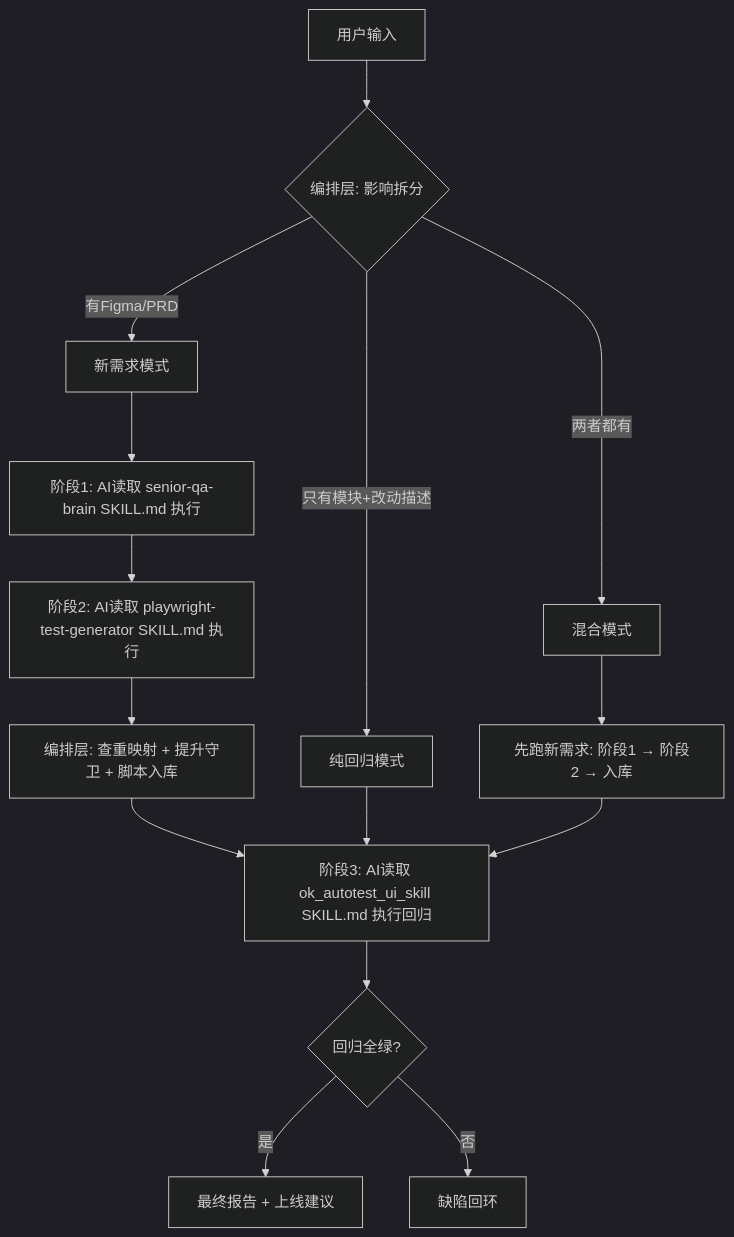
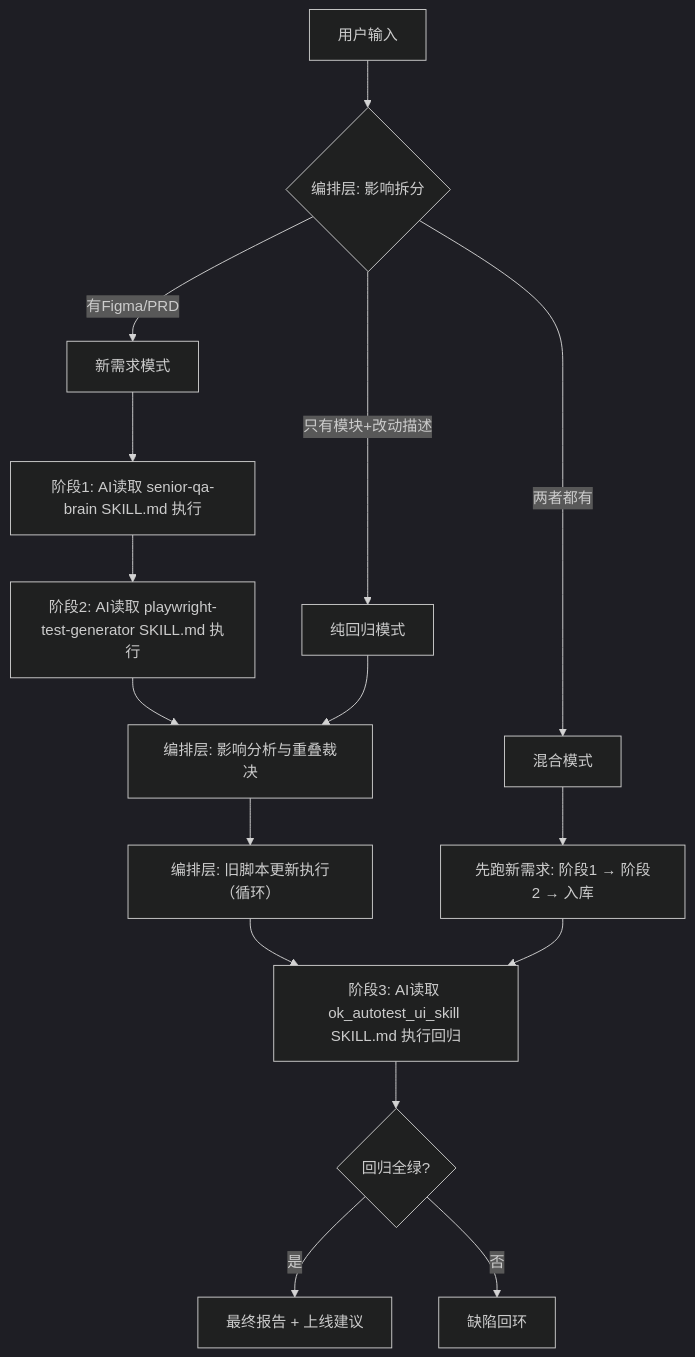
Before and after one commit to jiadan-user/jiacangku: the diagram in README.md, drawn with Mermaid (dark theme). The commit also changed other lines of this file and 9 other files, not shown here.

````diff
--- a/README.md
+++ b/README.md
@@ -13,22 +13,23 @@
 ```mermaid
 flowchart TD
     Input["用户输入"] --> Split{"编排层: 影响拆分"}
     
     Split -->|"有Figma/PRD"| NewReq["新需求模式"]
     Split -->|"只有模块+改动描述"| Regression["纯回归模式"]
     Split -->|"两者都有"| Mixed["混合模式"]
     
     NewReq --> SQB["阶段1: AI读取 senior-qa-brain SKILL.md 执行"]
     SQB --> PTG["阶段2: AI读取 playwright-test-generator SKILL.md 执行"]
-    PTG --> Bridge["编排层: 查重映射 + 提升守卫 + 脚本入库"]
-    Bridge --> OKU["阶段3: AI读取 ok_autotest_ui_skill SKILL.md 执行回归"]
+    PTG --> Impact["编排层: 影响分析与重叠裁决"]
+    Impact --> Legacy["编排层: 旧脚本更新执行（循环）"]
+    Legacy --> OKU["阶段3: AI读取 ok_autotest_ui_skill SKILL.md 执行回归"]
     
-    Regression --> OKU
+    Regression --> Impact
     
     Mixed --> NewFirst["先跑新需求: 阶段1 → 阶段2 → 入库"]
     NewFirst --> OKU
     
     OKU --> Judge{"回归全绿?"}
     Judge -->|"是"| Final["最终报告 + 上线建议"]
     Judge -->|"否"| Loop["缺陷回环"]
 ```
````
